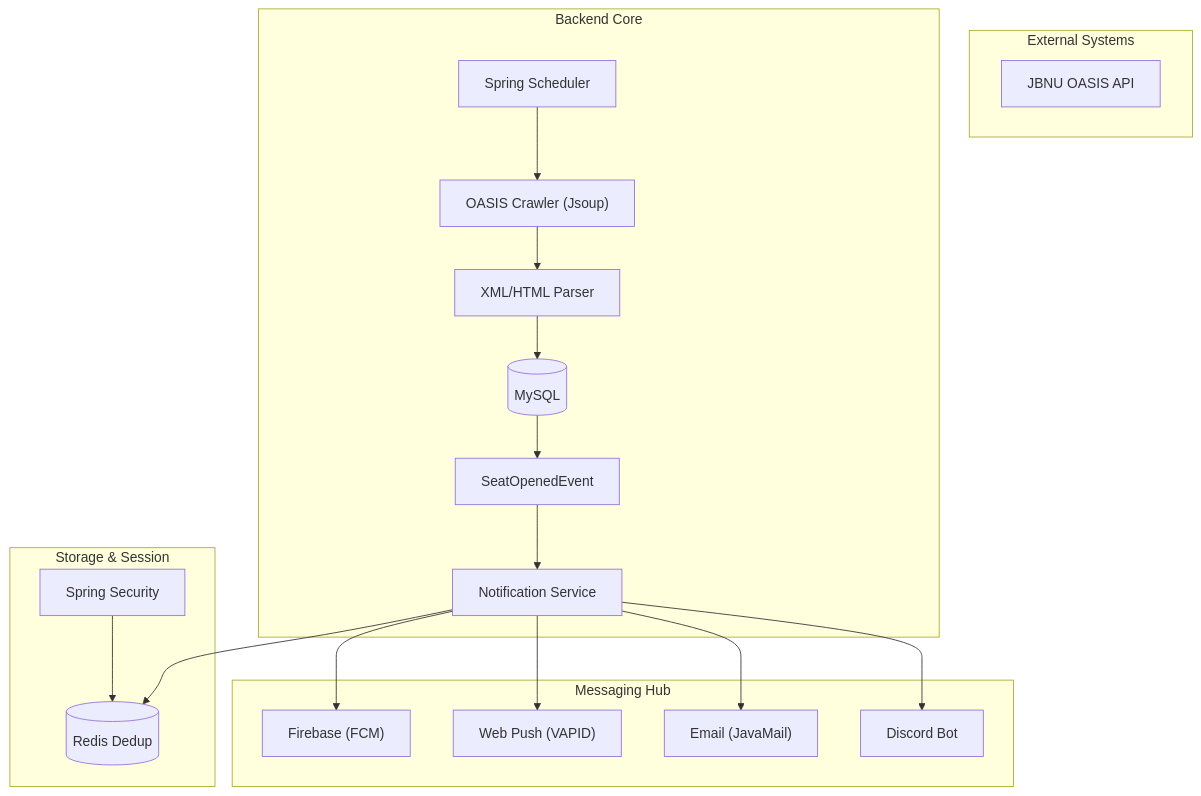
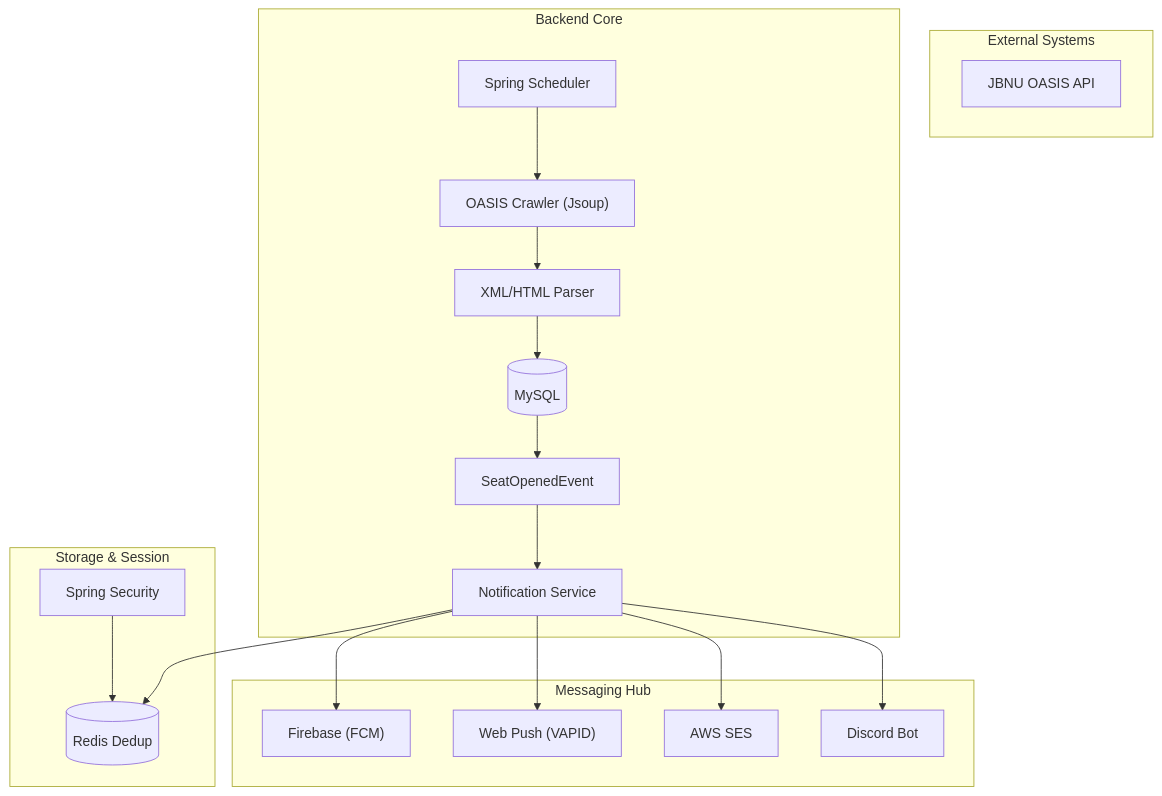
One commit to bhoon716/zup-zup-server changed the diagram in README.md. Above: the diagram before and after it, drawn with Mermaid. The commit also changed other lines of this file and 59 other files, not shown here.

````diff
--- a/README.md
+++ b/README.md
@@ -29,26 +29,26 @@
 ```mermaid
 graph TD
     subgraph "External Systems"
         OASIS["JBNU OASIS API"]
     end
 
     subgraph "Backend Core"
         Scheduler["Spring Scheduler"] --> Crawler["OASIS Crawler (Jsoup)"]
         Crawler --> Parser["XML/HTML Parser"]
         Parser --> DB[(MySQL)]
         DB --> Event["SeatOpenedEvent"]
         Event --> Notify["Notification Service"]
     end
 
     subgraph "Messaging Hub"
         Notify --> FCM["Firebase (FCM)"]
         Notify --> WebPush["Web Push (VAPID)"]
-        Notify --> SMTP["Email (JavaMail)"]
+        Notify --> SES["AWS SES"]
         Notify --> Discord["Discord Bot"]
     end
 
     subgraph "Storage & Session"
         Notify --> Redis[(Redis Dedup)]
         Security["Spring Security"] --> Redis
     end
 ```
````
